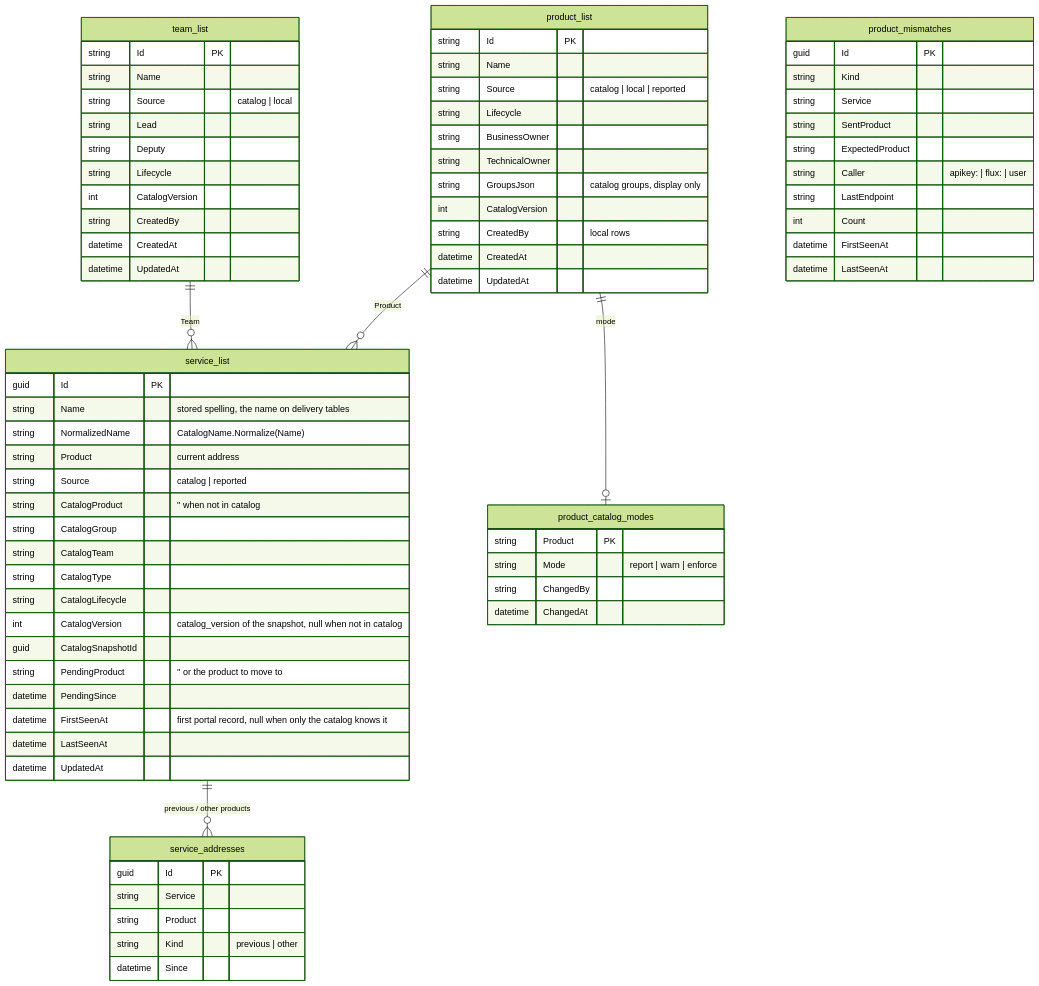
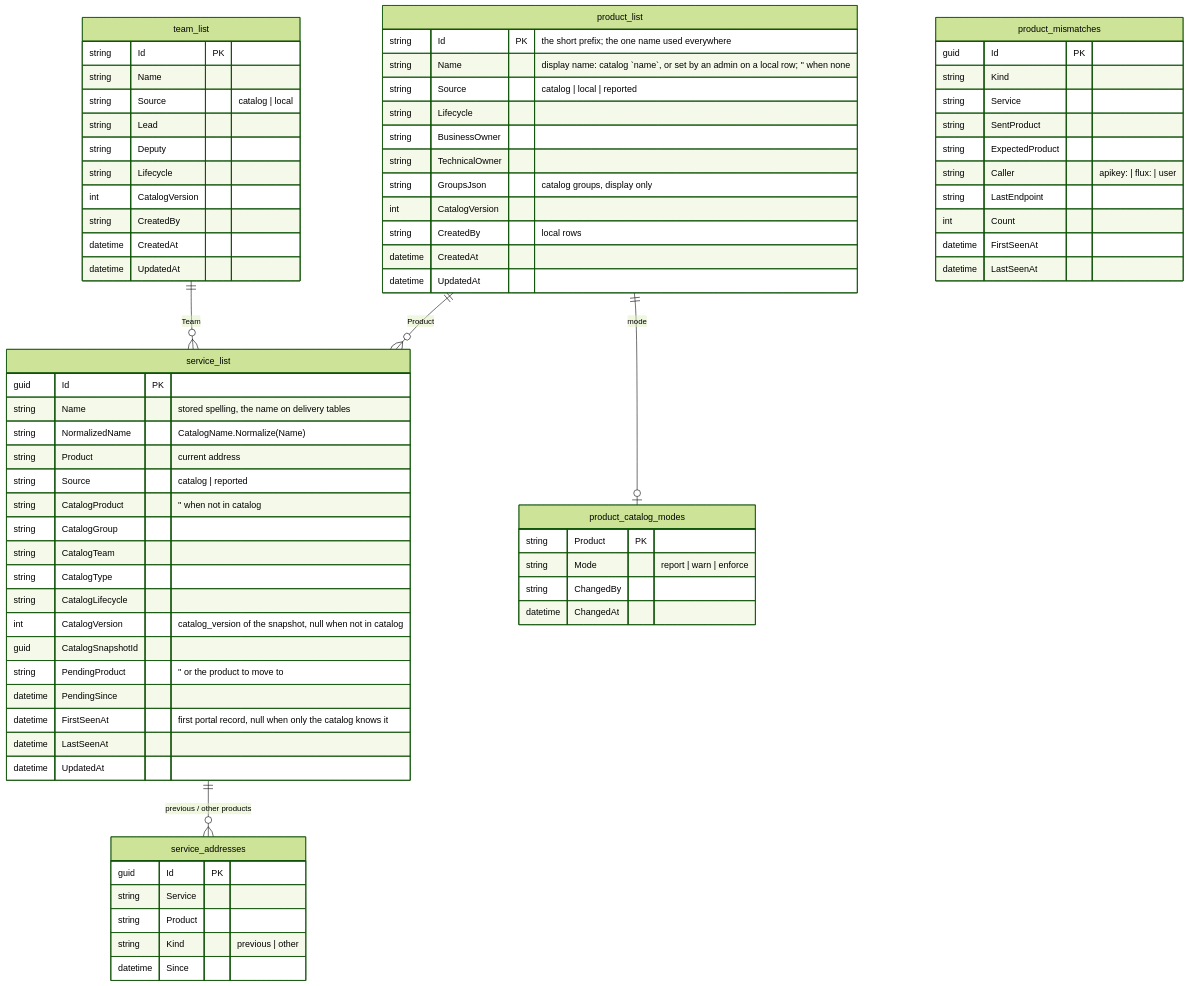
One commit to gr4b4z/InfraPilot changed the diagram in docs/plans/service-list-and-catalog-product.md. Above: the diagram before and after it, drawn with Mermaid (forest theme). The commit also changed other lines of this file and 3 other files, not shown here.

First line of the commit message:
docs: agent deployment, Flux rollbacks as deploy events, product display name

````diff
--- a/docs/plans/service-list-and-catalog-product.md
+++ b/docs/plans/service-list-and-catalog-product.md
@@ -179,77 +179,77 @@
 ```mermaid
 erDiagram
     service_list ||--o{ service_addresses : "previous / other products"
     product_list ||--o{ service_list : "Product"
     team_list ||--o{ service_list : "Team"
     product_list ||--o| product_catalog_modes : "mode"
 
     service_list {
         guid Id PK
         string Name "stored spelling, the name on delivery tables"
         string NormalizedName "CatalogName.Normalize(Name)"
         string Product "current address"
         string Source "catalog | reported"
         string CatalogProduct "'' when not in catalog"
         string CatalogGroup
         string CatalogTeam
         string CatalogType
         string CatalogLifecycle
         int CatalogVersion "catalog_version of the snapshot, null when not in catalog"
         guid CatalogSnapshotId
         string PendingProduct "'' or the product to move to"
         datetime PendingSince
         datetime FirstSeenAt "first portal record, null when only the catalog knows it"
         datetime LastSeenAt
         datetime UpdatedAt
     }
     service_addresses {
         guid Id PK
         string Service
         string Product
         string Kind "previous | other"
         datetime Since
     }
     product_list {
-        string Id PK
-        string Name
+        string Id PK "the short prefix; the one name used everywhere"
+        string Name "display name: catalog `name`, or set by an admin on a local row; '' when none"
         string Source "catalog | local | reported"
         string Lifecycle
         string BusinessOwner
         string TechnicalOwner
         string GroupsJson "catalog groups, display only"
         int CatalogVersion
         string CreatedBy "local rows"
         datetime CreatedAt
         datetime UpdatedAt
     }
     team_list {
         string Id PK
         string Name
         string Source "catalog | local"
         string Lead
         string Deputy
         string Lifecycle
         int CatalogVersion
         string CreatedBy
         datetime CreatedAt
         datetime UpdatedAt
     }
     product_catalog_modes {
         string Product PK
         string Mode "report | warn | enforce"
         string ChangedBy
         datetime ChangedAt
     }
     product_mismatches {
         guid Id PK
         string Kind
         string Service
         string SentProduct
         string ExpectedProduct
         string Caller "apikey:<name> | flux:<client> | user"
         string LastEndpoint
         int Count
         datetime FirstSeenAt
         datetime LastSeenAt
     }
 ```
````
